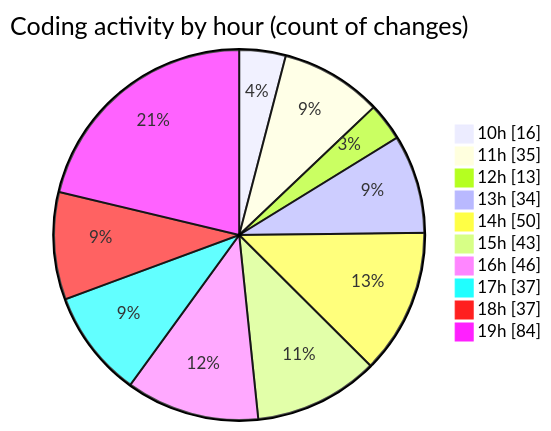
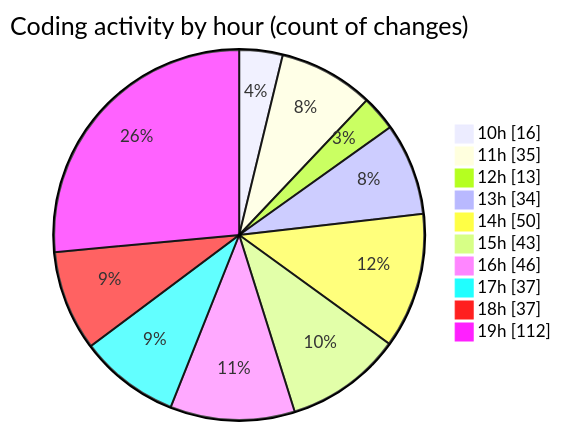
Before and after one commit to charlie-sans/code-tracking: the second of 2 diagrams in 2025-02-20/micros/README.md, drawn with Mermaid. The commit also changed other lines of this file and 1 other file, not shown here.

````diff
--- a/2025-02-20/micros/README.md
+++ b/2025-02-20/micros/README.md
@@ -93,14 +107,14 @@
 ```mermaid
 pie showData
 title Coding activity by hour (count of changes)
 "10h" : 16
 "11h" : 35
 "12h" : 13
 "13h" : 34
 "14h" : 50
 "15h" : 43
 "16h" : 46
 "17h" : 37
 "18h" : 37
-"19h" : 84
+"19h" : 112
 ```
````
